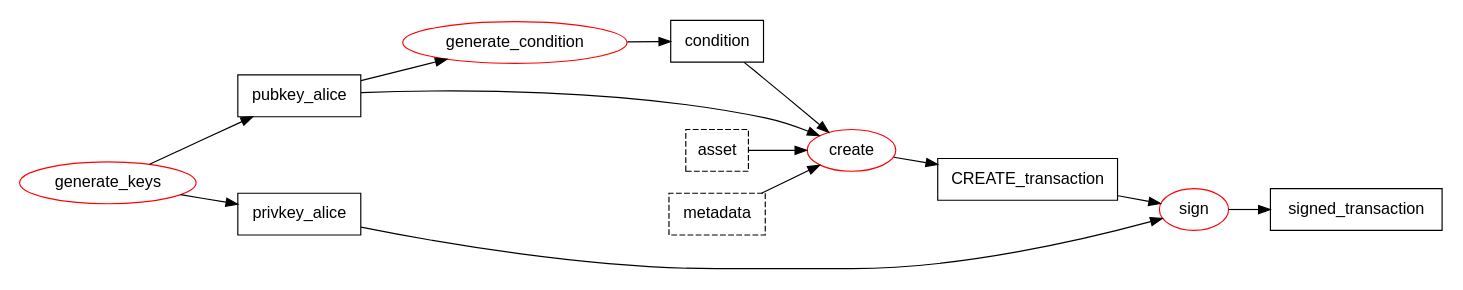
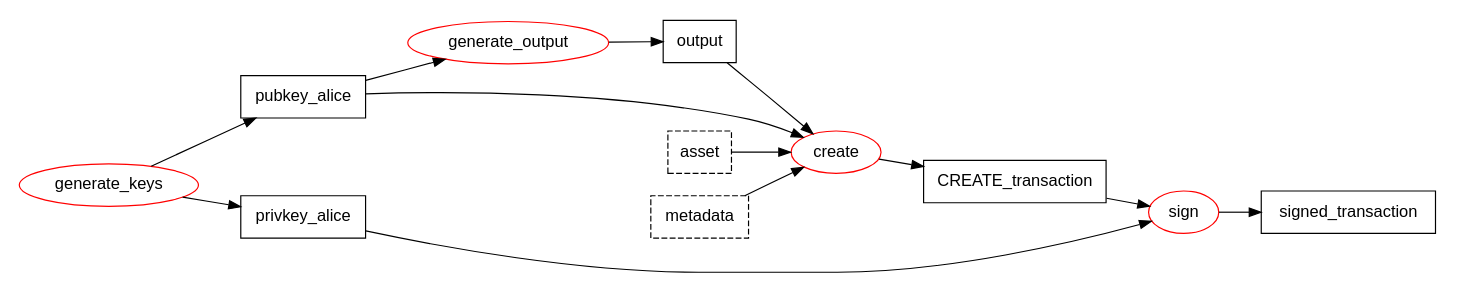
Before and after one commit to bigchaindb/bdb-transaction-cli: the second of 3 diagrams in docs/usage.rst, drawn with Graphviz. The commit also changed other lines of this file, not shown here.

Commit message:
update usage dot graph

```diff
--- a/docs/usage.rst
+++ b/docs/usage.rst
@@ -26,37 +26,37 @@
 .. graphviz::
 
     digraph CREATE {
 	size = 10;
 	rankdir=LR;
 	node [fontname="helvetica"];
 	node [color=red]
 
 	{ // Inputs (non processes)
 	    node [shape=record]
 	    node [color=black]
-	    condition
+	    output
 	    pubkey_alice
 	    privkey_alice
             asset [style=dashed]
             metadata [style=dashed]
 	    CREATE_transaction
 	    signed_transaction
 	}
 	
 	{
-	    pubkey_alice -> generate_condition
-	    generate_condition -> condition
-	    condition -> create
+	    pubkey_alice -> generate_output
+	    generate_output -> output
+	    output -> create
 	    pubkey_alice -> create
             asset -> create
             metadata -> create
 	    create -> CREATE_transaction
 	    generate_keys -> pubkey_alice
 	    generate_keys -> privkey_alice
 	    privkey_alice -> sign
 	    CREATE_transaction -> sign
 	    sign -> signed_transaction
 	}
 
 	{ rank=same pubkey_alice privkey_alice }
     }
```
